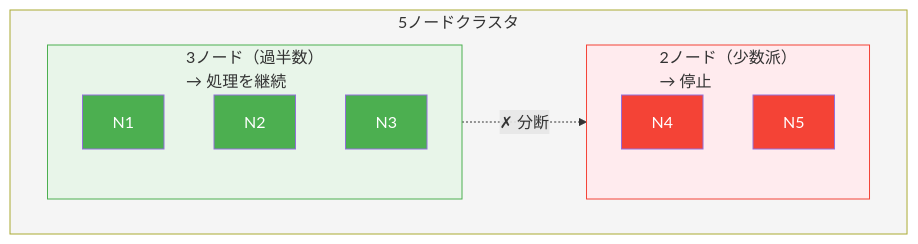
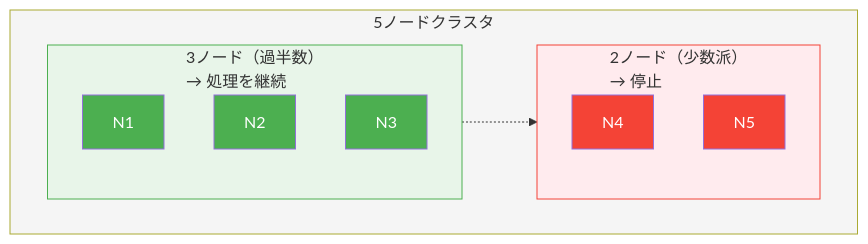
Diagram 18 of 19 in content/posts/cap-theorem-complete-guide.md (yasuhisa1984/blog), drawn with Mermaid before and after one commit. The commit also changed other lines of this file, not shown here.

First line of the commit message:
fix: CAP定理記事のMermaid v11構文エラーを修正

````diff
--- a/content/posts/cap-theorem-complete-guide.md
+++ b/content/posts/cap-theorem-complete-guide.md
@@ -710,26 +693,26 @@
 ```mermaid
 graph TB
     subgraph Cluster["5ノードクラスタ"]
         subgraph Majority["3ノード（過半数）<br/>→ 処理を継続"]
             N1["N1"]
             N2["N2"]
             N3["N3"]
         end
 
         subgraph Minority["2ノード（少数派）<br/>→ 停止"]
             N4["N4"]
             N5["N5"]
         end
 
-        Majority -.->|✗ 分断| Minority
+        Majority -.-> Minority
     end
 
     style Cluster fill:#f5f5f5
     style Majority fill:#e8f5e9,stroke:#4caf50
     style Minority fill:#ffebee,stroke:#f44336
     style N1 fill:#4caf50,color:#fff
     style N2 fill:#4caf50,color:#fff
     style N3 fill:#4caf50,color:#fff
     style N4 fill:#f44336,color:#fff
     style N5 fill:#f44336,color:#fff
 ```
````
